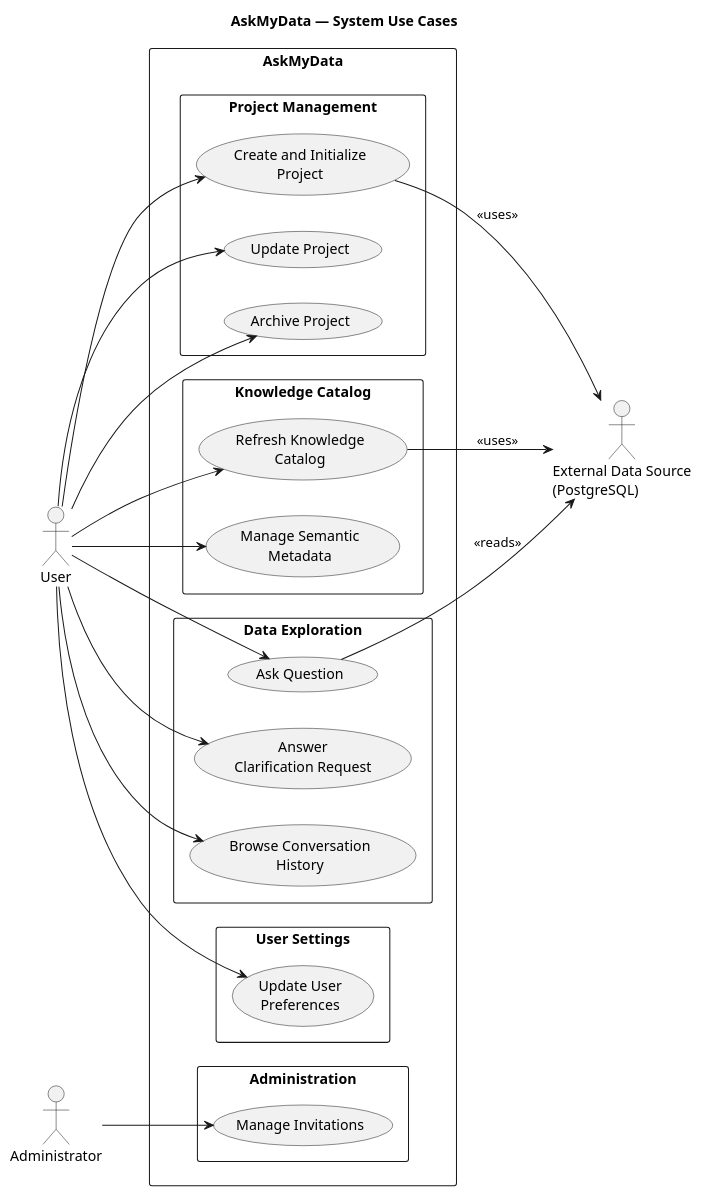
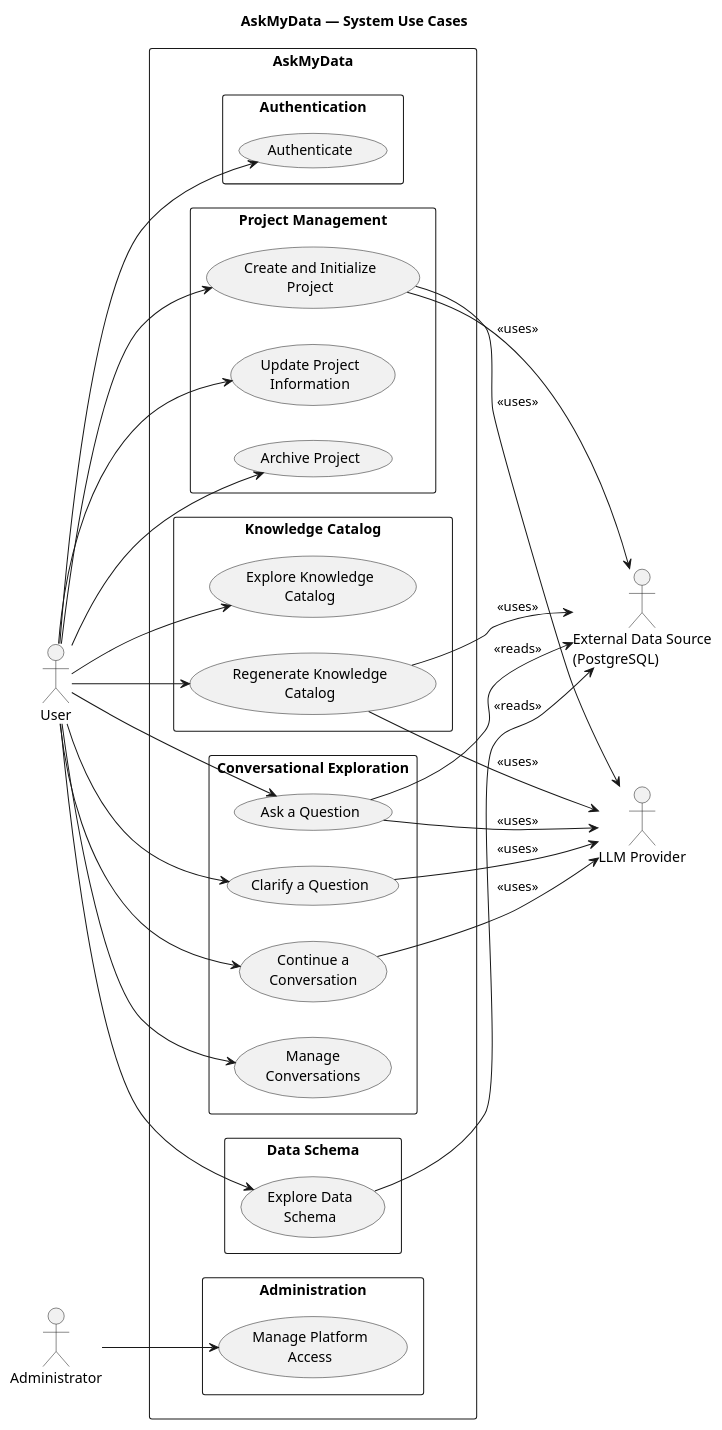
The diagram in docs/diagrams/src/system-use-cases.puml (MarinePernici/askmydata), drawn with PlantUML before and after one commit. The commit also changed 7 other files, not shown here.

Commit message:
update diagrams

```diff
--- a/docs/diagrams/src/system-use-cases.puml
+++ b/docs/diagrams/src/system-use-cases.puml
@@ -1,70 +1,86 @@
 @startuml AskMyData_System_Use_Cases
 
 title AskMyData — System Use Cases
 
 left to right direction
 
 skinparam packageStyle rectangle
 
 actor User
 actor Administrator
 actor "External Data Source\n(PostgreSQL)" as DataSource
+actor "LLM Provider" as LLMProvider
 
 rectangle "AskMyData" {
 
+  package "Authentication" {
+
+    usecase "Authenticate" as UC01
+
+  }
+
   package "Project Management" {
 
-    usecase "Create and Initialize\nProject" as UC01
-    usecase "Update Project" as UC02
-    usecase "Archive Project" as UC03
+    usecase "Create and Initialize\nProject" as UC02
+    usecase "Update Project\nInformation" as UC09
+    usecase "Archive Project" as UC10
 
   }
 
   package "Knowledge Catalog" {
 
-    usecase "Refresh Knowledge\nCatalog" as UC04
-    usecase "Manage Semantic\nMetadata" as UC05
+    usecase "Explore Knowledge\nCatalog" as UC03
+    usecase "Regenerate Knowledge\nCatalog" as UC08
 
   }
 
-  package "Data Exploration" {
+  package "Conversational Exploration" {
 
-    usecase "Ask Question" as UC06
-    usecase "Answer\nClarification Request" as UC07
-    usecase "Browse Conversation\nHistory" as UC08
+    usecase "Ask a Question" as UC04
+    usecase "Clarify a Question" as UC05
+    usecase "Continue a\nConversation" as UC06
+    usecase "Manage\nConversations" as UC07
 
   }
 
-  package "User Settings" {
+  package "Data Schema" {
 
-    usecase "Update User\nPreferences" as UC09
+    usecase "Explore Data\nSchema" as UC12
 
   }
 
   package "Administration" {
 
-    usecase "Manage Invitations" as UC10
+    usecase "Manage Platform\nAccess" as UC11
 
   }
 
 }
 
 User --> UC01
+
 User --> UC02
 User --> UC03
-
 User --> UC04
 User --> UC05
-
 User --> UC06
 User --> UC07
 User --> UC08
 User --> UC09
+User --> UC10
+User --> UC12
 
-Administrator --> UC10
+Administrator --> UC11
 
-UC01 --> DataSource : <<uses>>
-UC04 --> DataSource : <<uses>>
-UC06 --> DataSource : <<reads>>
+UC02 --> DataSource : <<uses>>
+UC08 --> DataSource : <<uses>>
+UC04 --> DataSource : <<reads>>
+UC12 --> DataSource : <<reads>>
+
+UC02 --> LLMProvider : <<uses>>
+UC04 --> LLMProvider : <<uses>>
+UC05 --> LLMProvider : <<uses>>
+UC06 --> LLMProvider : <<uses>>
+UC08 --> LLMProvider : <<uses>>
 
 @enduml
```
